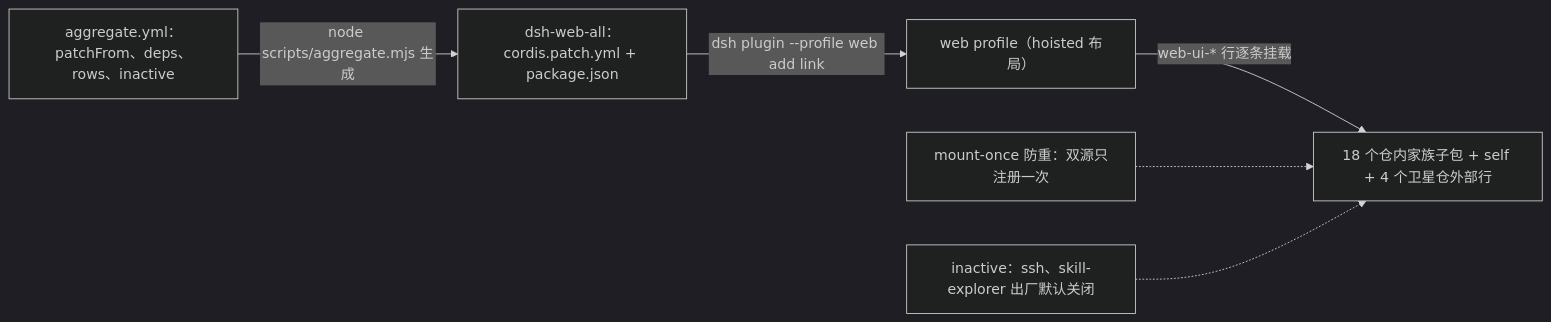
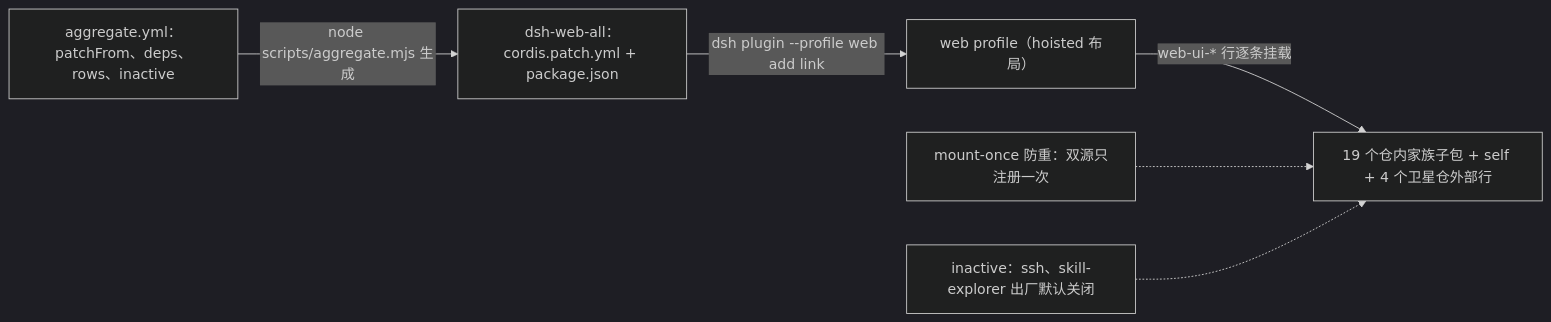
One commit to zhu1090093659/dsh-web changed the fourth of 9 diagrams in docs/architecture.md. Above: the diagram before and after it, drawn with Mermaid (dark theme). The commit also changed other lines of this file and 55 other files, not shown here.

````diff
--- a/docs/architecture.md
+++ b/docs/architecture.md
@@ -77,8 +77,8 @@
 ```mermaid
 flowchart LR
     A["aggregate.yml：patchFrom、deps、rows、inactive"] -- "node scripts/aggregate.mjs 生成" --> B["dsh-web-all：cordis.patch.yml + package.json"]
     B -- "dsh plugin --profile web add link" --> C["web profile（hoisted 布局）"]
-    C -- "web-ui-* 行逐条挂载" --> D["18 个仓内家族子包 + self + 4 个卫星仓外部行"]
+    C -- "web-ui-* 行逐条挂载" --> D["19 个仓内家族子包 + self + 4 个卫星仓外部行"]
     E["mount-once 防重：双源只注册一次"] -.-> D
     F["inactive：ssh、skill-explorer 出厂默认关闭"] -.-> D
 ```
````
